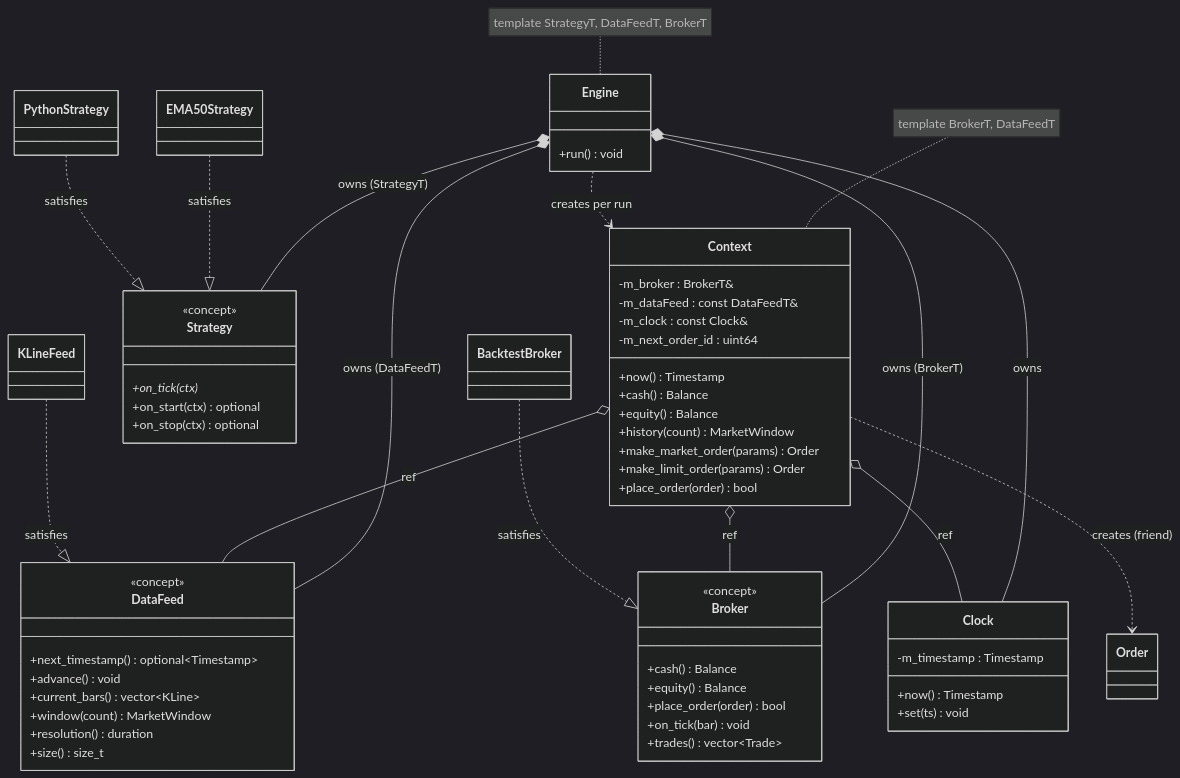
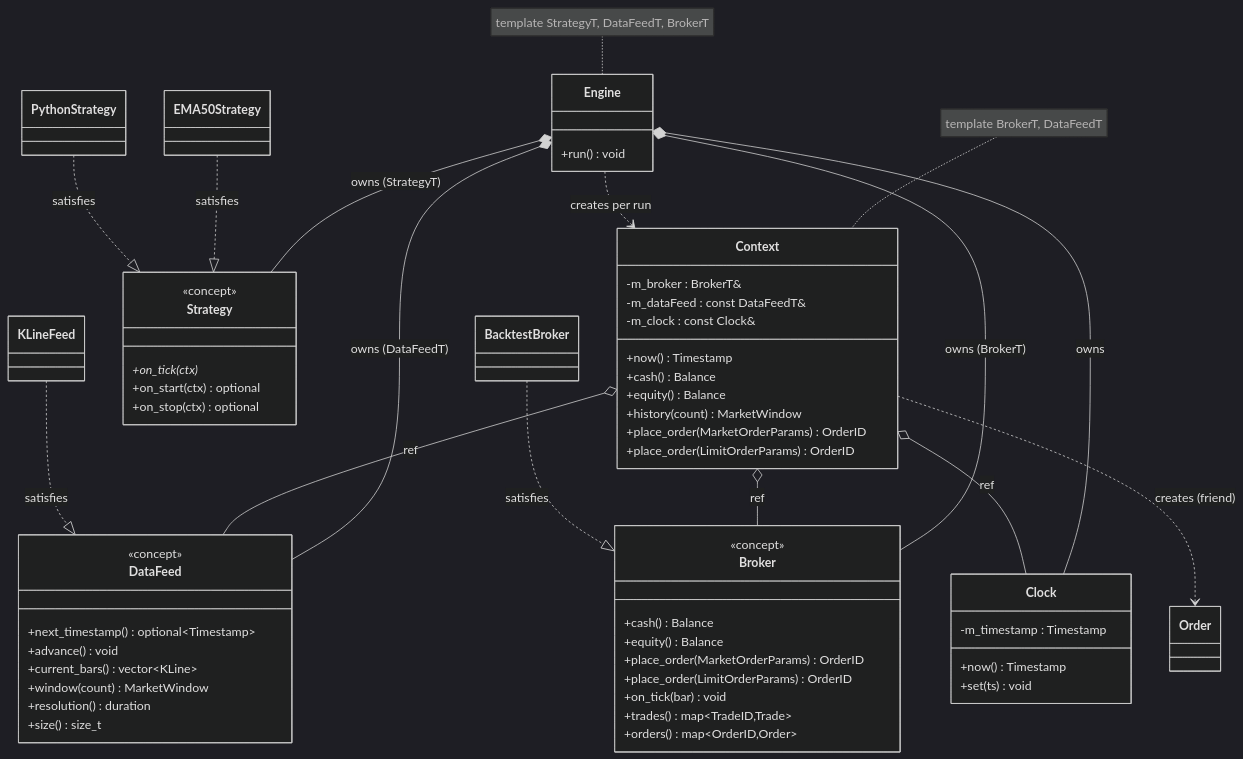
One commit to barberkman/stonks changed the first of 7 diagrams in docs/architecture.md. Above: the diagram before and after it, drawn with Mermaid (dark theme). The commit also changed other lines of this file and 12 other files, not shown here.

````diff
--- a/docs/architecture.md
+++ b/docs/architecture.md
@@ -14,68 +14,68 @@
 ```mermaid
 classDiagram
     class Engine {
         +run() void
     }
     class Context {
         -m_broker : BrokerT&
         -m_dataFeed : const DataFeedT&
         -m_clock : const Clock&
-        -m_next_order_id : uint64
         +now() Timestamp
         +cash() Balance
         +equity() Balance
         +history(count) MarketWindow
-        +make_market_order(params) Order
-        +make_limit_order(params) Order
-        +place_order(order) bool
+        +place_order(MarketOrderParams) OrderID
+        +place_order(LimitOrderParams) OrderID
     }
     class Clock {
         -m_timestamp : Timestamp
         +now() Timestamp
         +set(ts) void
     }
     class Strategy {
         <<concept>>
         +on_tick(ctx)*
         +on_start(ctx) optional
         +on_stop(ctx) optional
     }
     class DataFeed {
         <<concept>>
         +next_timestamp() optional~Timestamp~
         +advance() void
         +current_bars() vector~KLine~
         +window(count) MarketWindow
         +resolution() duration
         +size() size_t
     }
     class Broker {
         <<concept>>
         +cash() Balance
         +equity() Balance
-        +place_order(order) bool
+        +place_order(MarketOrderParams) OrderID
+        +place_order(LimitOrderParams) OrderID
         +on_tick(bar) void
-        +trades() vector~Trade~
+        +trades() map~TradeID,Trade~
+        +orders() map~OrderID,Order~
     }
     class KLineFeed
     class BacktestBroker
     class EMA50Strategy
     class PythonStrategy
 
     note for Engine "template StrategyT, DataFeedT, BrokerT"
     note for Context "template BrokerT, DataFeedT"
 
     Engine *-- Strategy : owns (StrategyT)
     Engine *-- DataFeed : owns (DataFeedT)
     Engine *-- Broker : owns (BrokerT)
     Engine *-- Clock : owns
     Engine ..> Context : creates per run
     Context o-- Broker : ref
     Context o-- DataFeed : ref
     Context o-- Clock : ref
     Context ..> Order : creates (friend)
     KLineFeed ..|> DataFeed : satisfies
     BacktestBroker ..|> Broker : satisfies
     EMA50Strategy ..|> Strategy : satisfies
     PythonStrategy ..|> Strategy : satisfies
 ```
````
